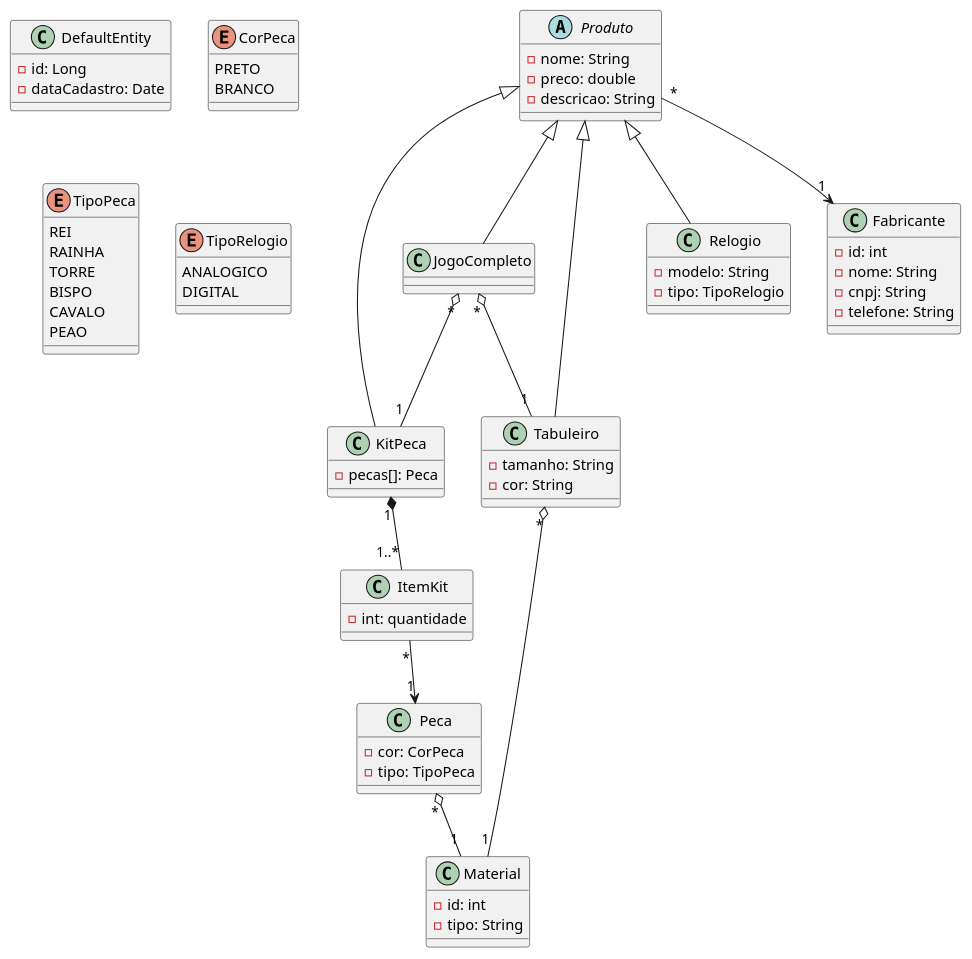
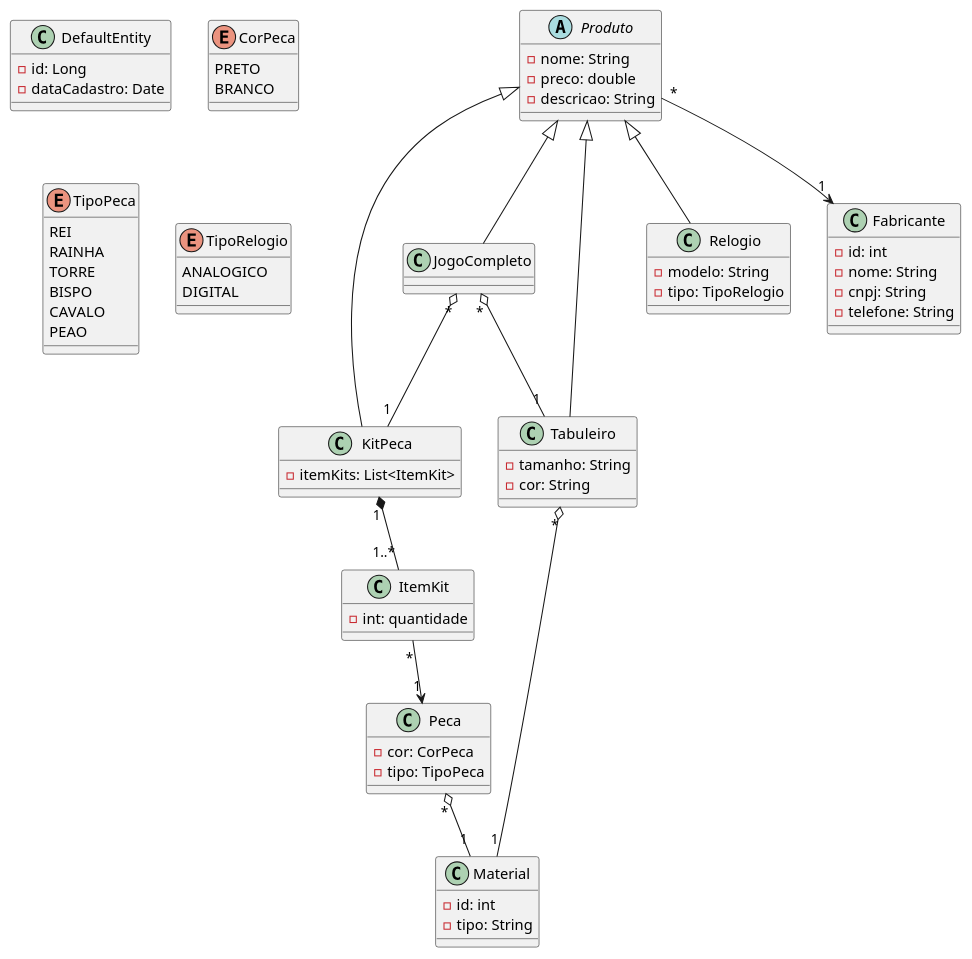
The diagram in diagramas/diagramaClasses.plantuml (Gus7000/xadrez_e_comerce), drawn with PlantUML before and after one commit. The commit also changed 32 other files, not shown here.

Commit message:
mudança de todo o codigo e do uml para que seja vendido apenas 1 produto

```diff
--- a/diagramas/diagramaClasses.plantuml
+++ b/diagramas/diagramaClasses.plantuml
@@ -1,88 +1,88 @@
 @startuml DiagramaClasses
 
 abstract class Produto {
     -nome: String
     -preco: double
     -descricao: String
 }
 class DefaultEntity{
     -id: Long
     -dataCadastro: Date
 }
 
 enum CorPeca {
     PRETO
     BRANCO
 }
 
 class Material {
     -id: int
     -tipo: String
 }
 
 class Peca {
     -cor: CorPeca
     -tipo: TipoPeca
 }
 class KitPeca {
-    -pecas[]: Peca
+    -itemKits: List<ItemKit>
 }
 enum TipoPeca {
     REI
     RAINHA
     TORRE
     BISPO
     CAVALO
     PEAO
 }
 
 class Tabuleiro {
     -tamanho: String
     -cor: String
 }
 
 class Relogio {
     -modelo: String
     -tipo: TipoRelogio
 }
 enum TipoRelogio {
     ANALOGICO
     DIGITAL
 }
 class JogoCompleto {
 }
 
 class Fabricante {
     -id: int
     -nome: String
     -cnpj: String
     -telefone: String
 }
 class ItemKit {
     -int: quantidade
 }
 
 '---------------- HERANÇA ----------------
 
 Produto <|-- KitPeca
 Produto <|-- Tabuleiro
 Produto <|-- Relogio
 Produto <|-- JogoCompleto
 
 '---------------- COMPOSIÇÃO ----------------
 
 KitPeca "1" *-- "1..*" ItemKit
 ItemKit "*" --> "1" Peca
 
 '---------------- AGREGAÇÃO ----------------
 JogoCompleto "*" o-- "1" Tabuleiro
 JogoCompleto "*" o-- "1" KitPeca
 
 Peca "*" o-- "1" Material
 Tabuleiro "*" o-- "1" Material
 
 '---------------- ASSOCIAÇÃO ----------------
 
 Produto "*" --> "1" Fabricante
 
 @enduml
```
